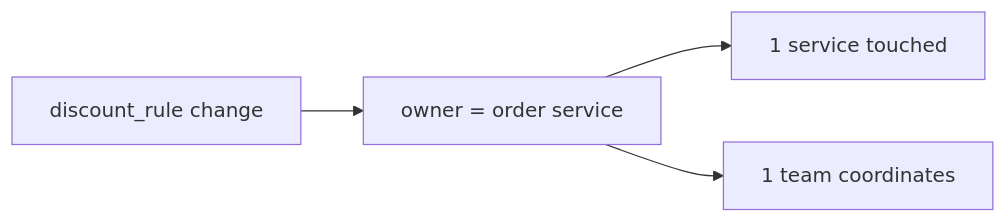
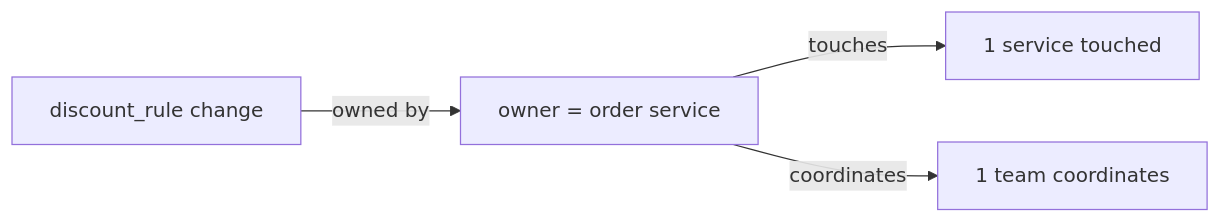
Diagram 13 of 13 in docs/ch03-decompose-by-business-capability.md (vinayakuber/microservices-io-study-guide), drawn with Mermaid before and after one commit. The commit also changed other lines of this file and 71 other files, not shown here.

First line of the commit message:
R18: label every diagram arrow with its meaning

````diff
--- a/docs/ch03-decompose-by-business-capability.md
+++ b/docs/ch03-decompose-by-business-capability.md
@@ -478,6 +478,6 @@
 ```mermaid
 flowchart LR
-  R["discount_rule change"] --> OWN["owner = order service"]
-  OWN --> ONE["1 service touched"]
-  OWN --> ONE_T["1 team coordinates"]
+  R["discount_rule change"] -->|"owned by"| OWN["owner = order service"]
+  OWN -->|"touches"| ONE["1 service touched"]
+  OWN -->|"coordinates"| ONE_T["1 team coordinates"]
 ```
````
